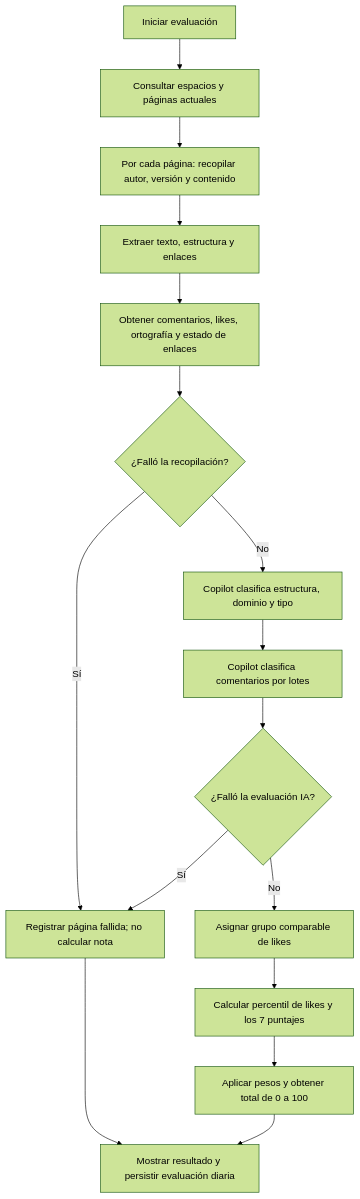
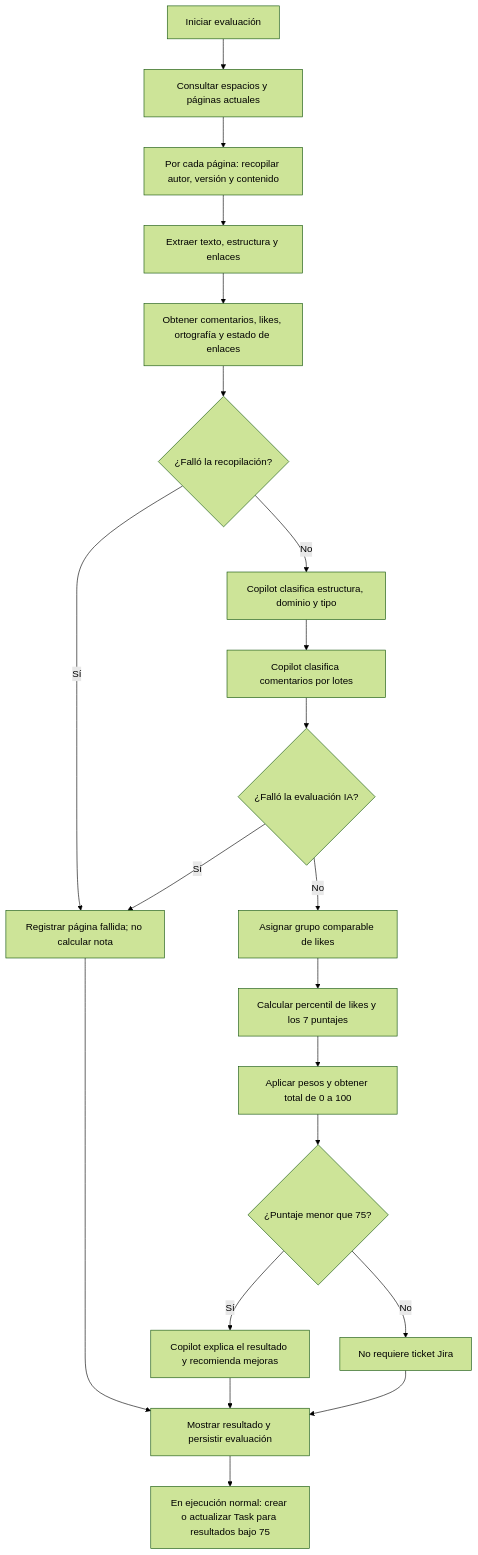
One commit to hackathon-nullpointers/confluence-evaluator changed the diagram in scripts/evaluate_confluence/README.md. Above: the diagram before and after it, drawn with Mermaid (forest theme). The commit also changed other lines of this file and 11 other files, not shown here.

Commit message:
feat(evaluator): add Copilot evaluation feedback and Jira issue traceability

````diff
--- a/scripts/evaluate_confluence/README.md
+++ b/scripts/evaluate_confluence/README.md
@@ -16,18 +16,23 @@
 ```mermaid
 flowchart TD
     A[Iniciar evaluación] --> B[Consultar espacios y páginas actuales]
     B --> C[Por cada página: recopilar autor, versión y contenido]
     C --> D[Extraer texto, estructura y enlaces]
     D --> E[Obtener comentarios, likes, ortografía y estado de enlaces]
     E --> F{¿Falló la recopilación?}
     F -- Sí --> X[Registrar página fallida; no calcular nota]
     F -- No --> G[Copilot clasifica estructura, dominio y tipo]
     G --> H[Copilot clasifica comentarios por lotes]
     H --> I{¿Falló la evaluación IA?}
     I -- Sí --> X
     I -- No --> J[Asignar grupo comparable de likes]
     J --> K[Calcular percentil de likes y los 7 puntajes]
     K --> L[Aplicar pesos y obtener total de 0 a 100]
-    L --> M[Mostrar resultado y persistir evaluación diaria]
-    X --> M
+    L --> M{¿Puntaje menor que 75?}
+    M -- Sí --> N[Copilot explica el resultado y recomienda mejoras]
+    M -- No --> O[No requiere ticket Jira]
+    N --> P[Mostrar resultado y persistir evaluación]
+    O --> P
+    P --> Q[En ejecución normal: crear o actualizar Task para resultados bajo 75]
+    X --> P
 ```
````
